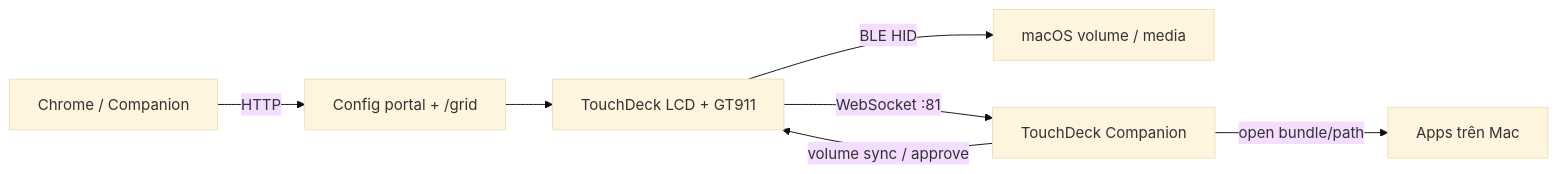
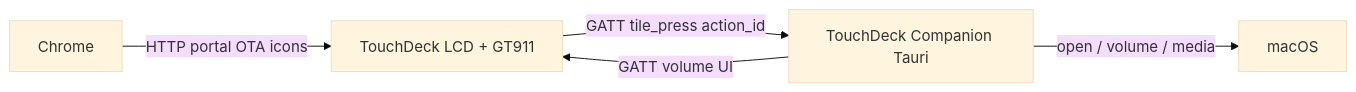
One commit to vthang87/touchdeck changed the diagram in docs/huong-dan-su-dung.md. Above: the diagram before and after it, drawn with Mermaid (base theme). The commit also changed other lines of this file and 165 other files, not shown here.

First line of the commit message:
Ship protocol v4: Tauri companion + firmware layout

````diff
--- a/docs/huong-dan-su-dung.md
+++ b/docs/huong-dan-su-dung.md
@@ -17,9 +17,7 @@
 ```mermaid
 flowchart LR
-  touch[TouchDeck LCD + GT911] -->|BLE HID| macMedia[macOS volume / media]
-  touch -->|WebSocket :81| companion[TouchDeck Companion]
-  companion -->|open bundle/path| apps[Apps trên Mac]
-  companion -->|volume sync / approve| touch
-  browser[Chrome / Companion] -->|HTTP| portal[Config portal + /grid]
-  portal --> touch
+  touch[TouchDeck LCD + GT911] -->|GATT tile_press action_id| companion[TouchDeck Companion Tauri]
+  companion -->|open / volume / media| mac[macOS]
+  companion -->|GATT volume UI| touch
+  browser[Chrome] -->|HTTP portal OTA icons| touch
 ```
````
